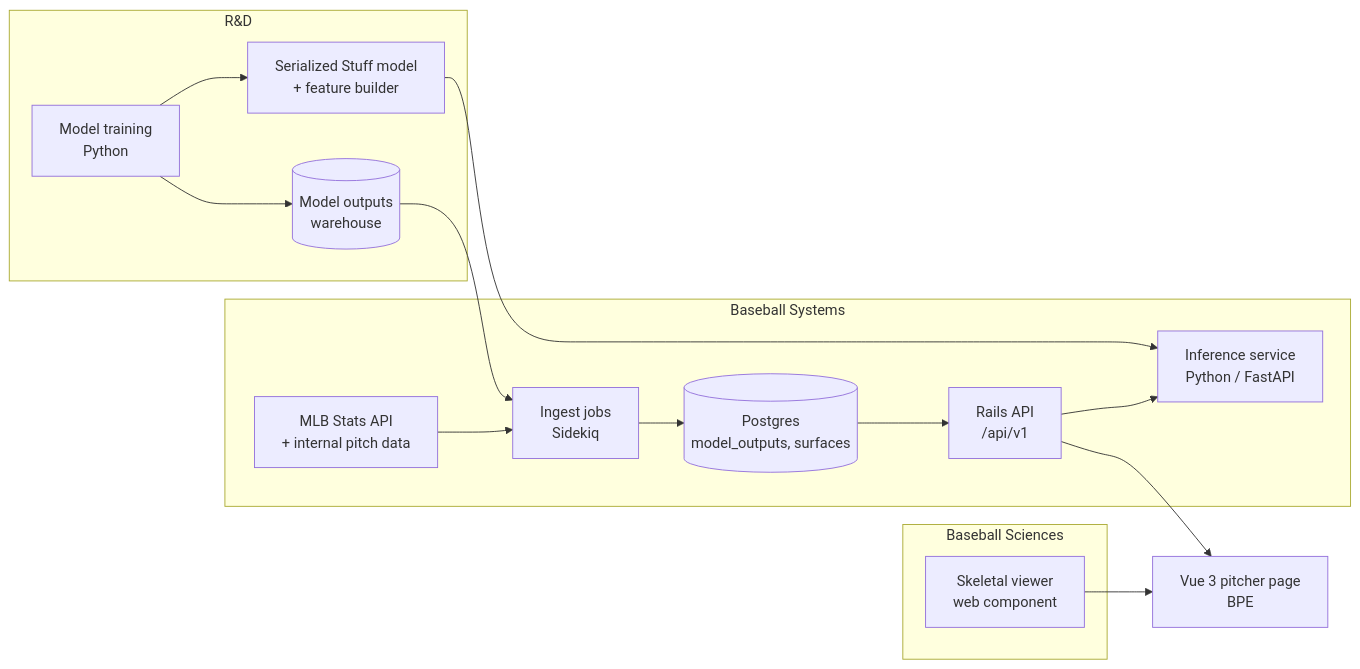
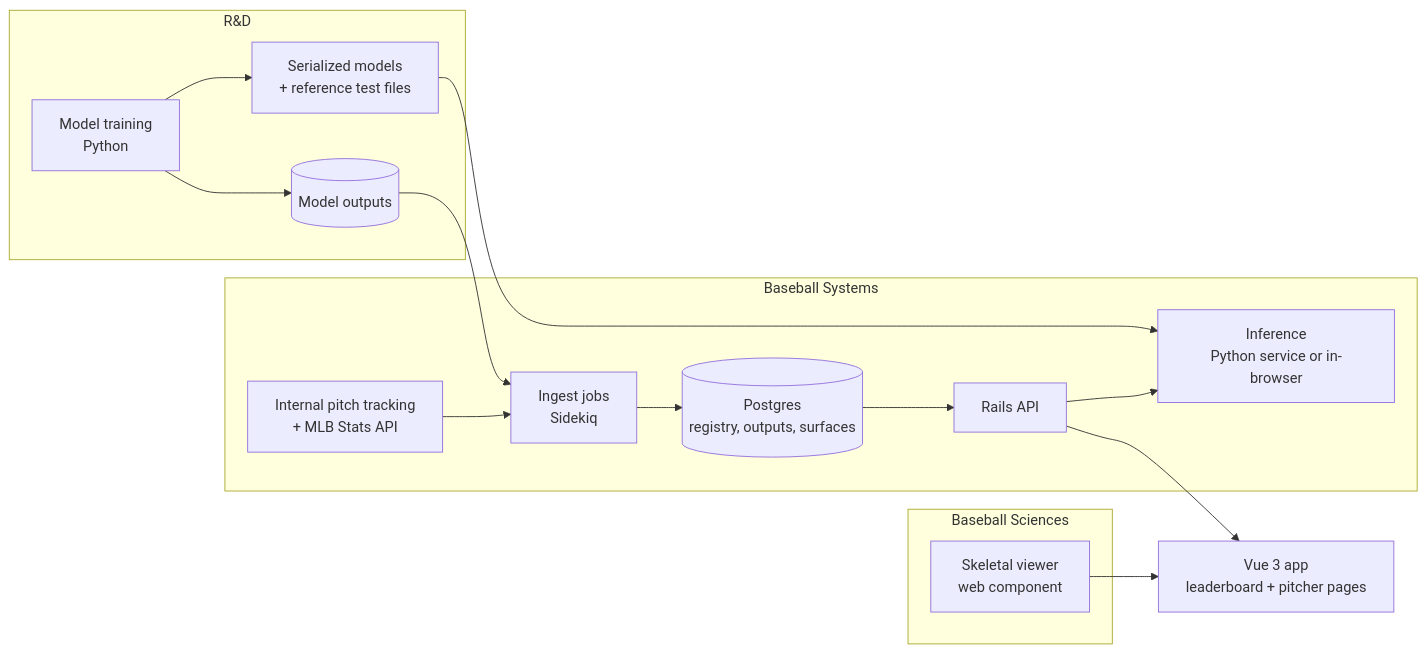
The diagram in docs/PRD.md (alowenthal10/wsh-pitching-problem-set), drawn with Mermaid before and after one commit. The commit also changed other lines of this file, not shown here.

````diff
--- a/docs/PRD.md
+++ b/docs/PRD.md
@@ -156,20 +170,20 @@
 ```mermaid
 flowchart LR
   subgraph RD[R&D]
-    M[Model training<br/>Python] --> O[(Model outputs<br/>warehouse)]
-    M --> S[Serialized Stuff model<br/>+ feature builder]
+    M[Model training<br/>Python] --> O[(Model outputs)]
+    M --> S[Serialized models<br/>+ reference test files]
   end
   subgraph SYS[Baseball Systems]
     O --> J[Ingest jobs<br/>Sidekiq]
-    J --> PG[(Postgres<br/>model_outputs, surfaces)]
-    PG --> API[Rails API<br/>/api/v1]
-    S --> INF[Inference service<br/>Python / FastAPI]
+    STATS[Internal pitch tracking<br/>+ MLB Stats API] --> J
+    J --> PG[(Postgres<br/>registry, outputs, surfaces)]
+    PG --> API[Rails API]
+    S --> INF[Inference<br/>Python service or in-browser]
     API --> INF
-    STATS[MLB Stats API<br/>+ internal pitch data] --> J
   end
   subgraph BS[Baseball Sciences]
     BV[Skeletal viewer<br/>web component]
   end
-  API --> FE[Vue 3 pitcher page<br/>BPE]
+  API --> FE[Vue 3 app<br/>leaderboard + pitcher pages]
   BV --> FE
 ```
````
